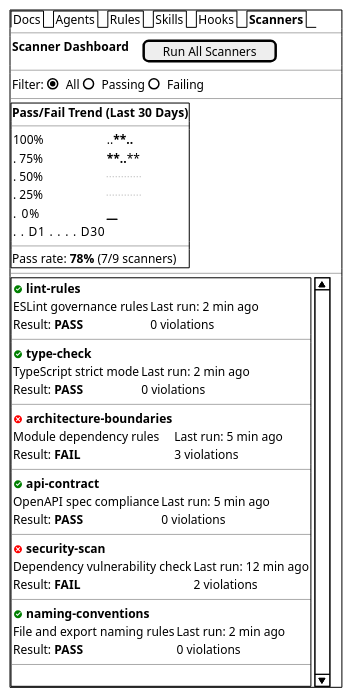
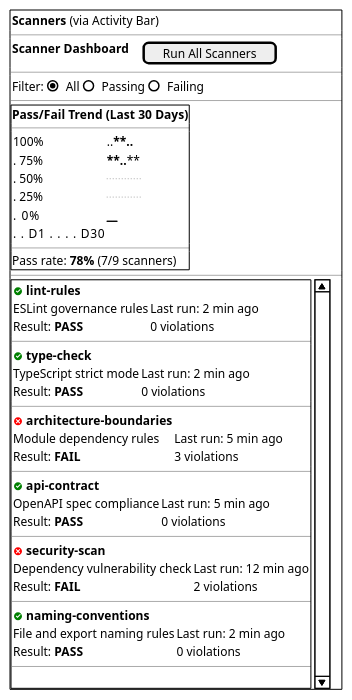
The first of 4 diagrams in docs/ui/wireframes/dashboard.md (orqastudio/app), drawn with PlantUML before and after one commit. The commit also changed other lines of this file and 19 other files, not shown here.

````diff
--- a/docs/ui/wireframes/dashboard.md
+++ b/docs/ui/wireframes/dashboard.md
@@ -27,66 +27,66 @@
 ```plantuml
 @startsalt
 {+
-  {/ Docs | Agents | Rules | Skills | Hooks | <b>Scanners</b> }
+  { <b>Scanners</b> (via Activity Bar) }
   ---
   { <b>Scanner Dashboard</b> | . | . | [Run All Scanners] }
   ---
   { Filter: | (X) All | () Passing | () Failing }
   ---
   {+
     <b>Pass/Fail Trend (Last 30 Days)</b>
     ---
     {
       100% |..****..**
       . 75% |****..****
       . 50% |..........
       . 25% |..........
       .  0% |__________
       .     . D1 . . . . D30
     }
     ---
     Pass rate: <b>78%</b> (7/9 scanners)
   }
   ---
   {SI
     {
       <color:green><&circle-check></color> <b>lint-rules</b>
       ESLint governance rules | Last run: 2 min ago
       Result: <b>PASS</b> | 0 violations
     }
     ---
     {
       <color:green><&circle-check></color> <b>type-check</b>
       TypeScript strict mode | Last run: 2 min ago
       Result: <b>PASS</b> | 0 violations
     }
     ---
     {
       <color:red><&circle-x></color> <b>architecture-boundaries</b>
       Module dependency rules | Last run: 5 min ago
       Result: <b>FAIL</b> | 3 violations
     }
     ---
     {
       <color:green><&circle-check></color> <b>api-contract</b>
       OpenAPI spec compliance | Last run: 5 min ago
       Result: <b>PASS</b> | 0 violations
     }
     ---
     {
       <color:red><&circle-x></color> <b>security-scan</b>
       Dependency vulnerability check | Last run: 12 min ago
       Result: <b>FAIL</b> | 2 violations
     }
     ---
     {
       <color:green><&circle-check></color> <b>naming-conventions</b>
       File and export naming rules | Last run: 2 min ago
       Result: <b>PASS</b> | 0 violations
     }
     ---
     .
   }
 }
 @endsalt
 ```
````
